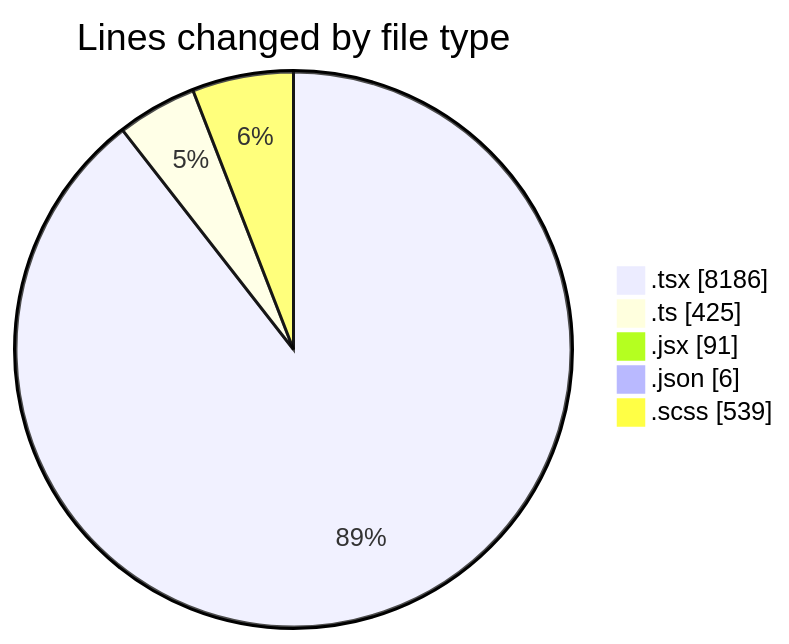
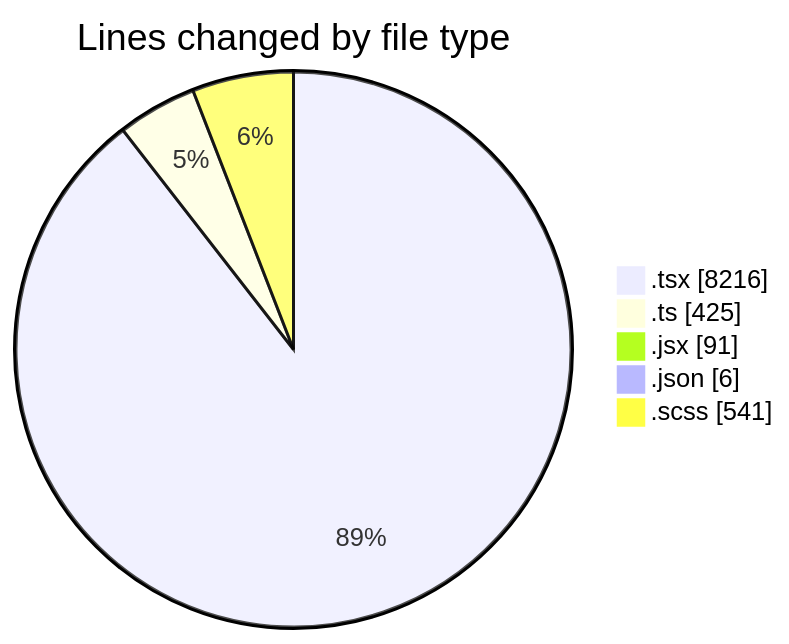
One commit to momahboobian/code-tracking changed the first of 2 diagrams in 2026-04-27/cda/README.md. Above: the diagram before and after it, drawn with Mermaid. The commit also changed other lines of this file and 1 other file, not shown here.

````diff
--- a/2026-04-27/cda/README.md
+++ b/2026-04-27/cda/README.md
@@ -55,9 +55,9 @@
 ```mermaid
 pie showData
 title Lines changed by file type
-".tsx" : 8186
+".tsx" : 8216
 ".ts" : 425
 ".jsx" : 91
 ".json" : 6
-".scss" : 539
+".scss" : 541
 ```
````
